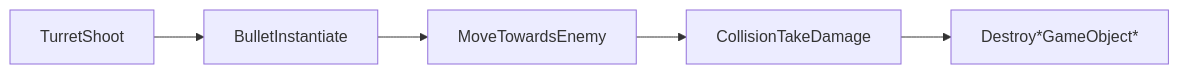
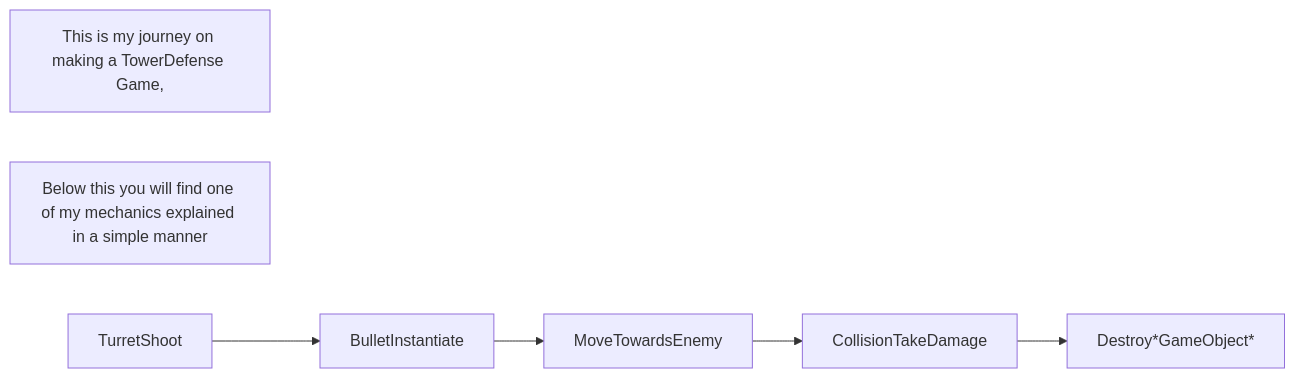
Before and after one commit to j5x/BO-TD: the diagram in README.md, drawn with Mermaid.

Commit message:
update Mermaid

````diff
--- a/README.md
+++ b/README.md
@@ -1,7 +1,9 @@
 ```mermaid
-  graph LR;
-      TurretShoot-->BulletInstantiate;
-      BulletInstantiate-->MoveTowardsEnemy;
-      MoveTowardsEnemy-->CollisionTakeDamage;
-      CollisionTakeDamage-->Destroy*GameObject*;
+  flowchart LR
+    id[This is my journey on making a TowerDefense Game,]
+    id2[Below this you will find one of my mechanics explained in a simple manner]
+    TurretShoot-->BulletInstantiate;
+    BulletInstantiate-->MoveTowardsEnemy;
+    MoveTowardsEnemy-->CollisionTakeDamage;
+    CollisionTakeDamage-->Destroy*GameObject*;
 ```
````
